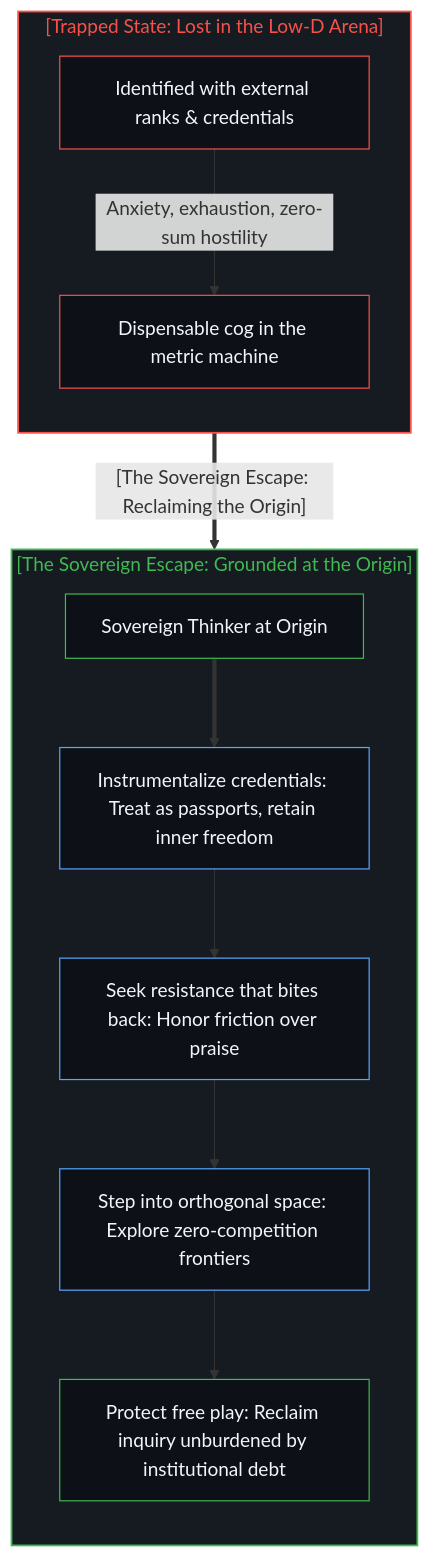
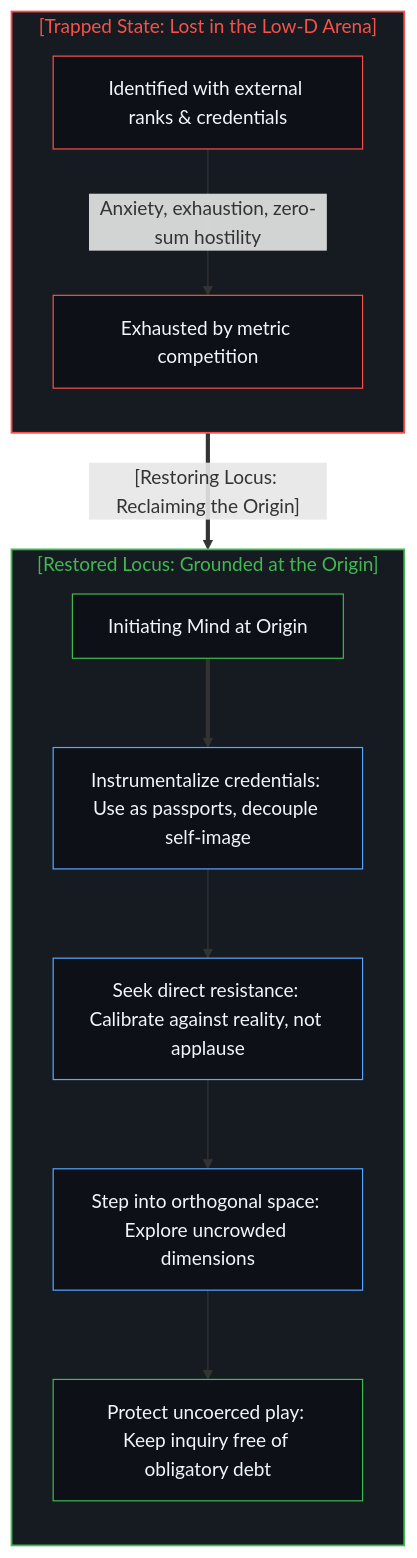
Before and after one commit to powerpig99/not-a-toe: the tenth of 10 diagrams in content/posts/the-reversal-of-education-and-science.md, drawn with Mermaid. The commit also changed other lines of this file and 2 other files, not shown here.

````diff
--- a/content/posts/the-reversal-of-education-and-science.md
+++ b/content/posts/the-reversal-of-education-and-science.md
@@ -467,35 +431,31 @@
 ```mermaid
 flowchart TD
     subgraph S_Trap["[Trapped State: Lost in the Low-D Arena]"]
         direction TB
         TrapMind["Identified with external ranks & credentials"]
-        Misery["Dispensable cog in the metric machine"]
+        Misery["Exhausted by metric competition"]
         TrapMind -->|"Anxiety, exhaustion, zero-sum hostility"| Misery
     end
-
-    S_Trap ==>|"[The Sovereign Escape: Reclaiming the Origin]"| S_Sovereign
-
-    subgraph S_Sovereign["[The Sovereign Escape: Grounded at the Origin]"]
+    S_Trap ==>|"[Restoring Locus: Reclaiming the Origin]"| S_Sovereign
+    subgraph S_Sovereign["[Restored Locus: Grounded at the Origin]"]
         direction TB
-        SovereignMind["Sovereign Thinker at Origin"]
-        Step1["Instrumentalize credentials: Treat as passports, retain inner freedom"]
-        Step2["Seek resistance that bites back: Honor friction over praise"]
-        Step3["Step into orthogonal space: Explore zero-competition frontiers"]
-        Step4["Protect free play: Reclaim inquiry unburdened by institutional debt"]
-
+        SovereignMind["Initiating Mind at Origin"]
+        Step1["Instrumentalize credentials: Use as passports, decouple self-image"]
+        Step2["Seek direct resistance: Calibrate against reality, not applause"]
+        Step3["Step into orthogonal space: Explore uncrowded dimensions"]
+        Step4["Protect uncoerced play: Keep inquiry free of obligatory debt"]
         SovereignMind ==> Step1
         Step1 --> Step2
         Step2 --> Step3
         Step3 --> Step4
     end
-
     style S_Trap fill:#161b22,stroke:#f85149,stroke-width:1.5px,color:#f85149
     style S_Sovereign fill:#161b22,stroke:#3fb950,stroke-width:1.5px,color:#3fb950
     style TrapMind fill:#0d1117,stroke:#f85149,stroke-width:1px,color:#f0f6fc
     style Misery fill:#0d1117,stroke:#f85149,stroke-width:1px,color:#f0f6fc
     style SovereignMind fill:#0d1117,stroke:#3fb950,stroke-width:1px,color:#f0f6fc
     style Step1 fill:#0d1117,stroke:#58a6ff,stroke-width:1px,color:#f0f6fc
     style Step2 fill:#0d1117,stroke:#58a6ff,stroke-width:1px,color:#f0f6fc
     style Step3 fill:#0d1117,stroke:#58a6ff,stroke-width:1px,color:#f0f6fc
     style Step4 fill:#0d1117,stroke:#3fb950,stroke-width:1px,color:#f0f6fc
 ```
````
